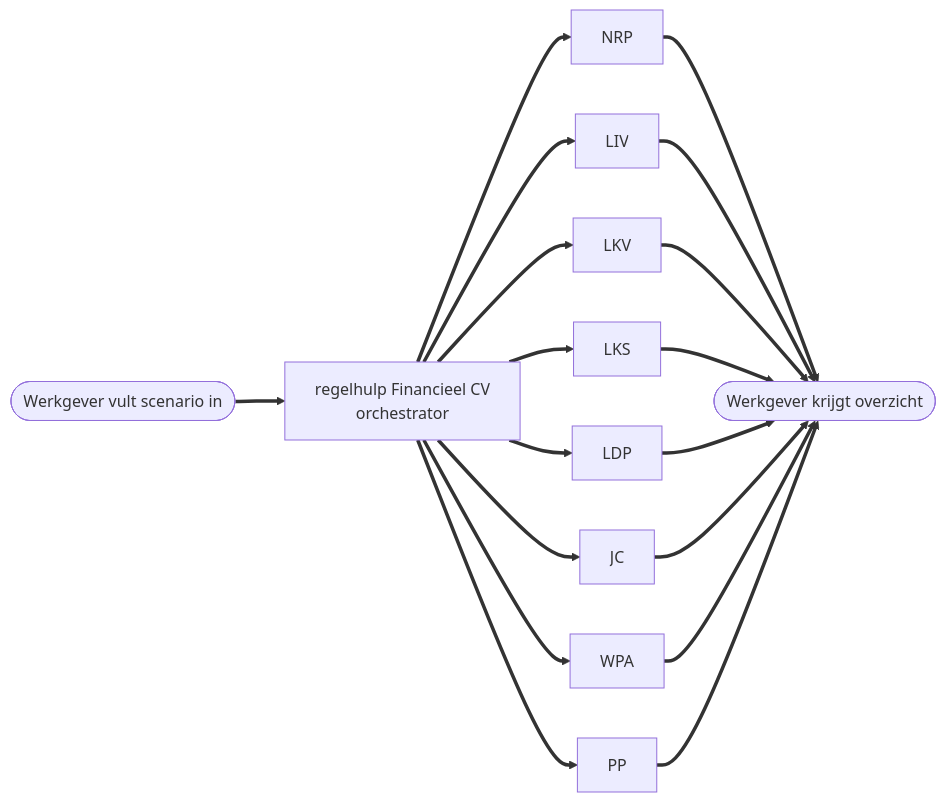
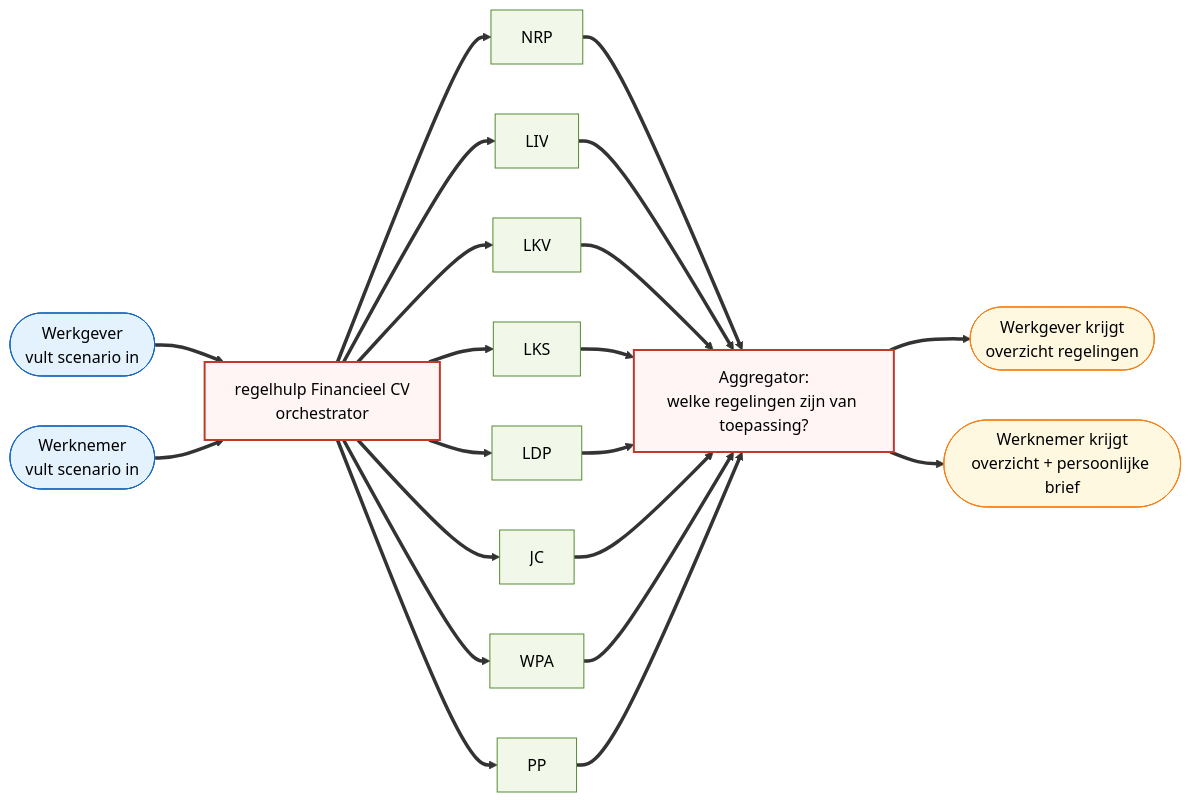
The second of 2 diagrams in docs/financieel-cv/wandelpad.md (MinBZK/regelrecht), drawn with Mermaid before and after one commit. The commit also changed other lines of this file and 2 other files, not shown here.

Commit message:
docs(financieel-cv): runtime fan-out toont beide gebruikersgroepen
Werkgever EN werknemer kunnen de regelhulp gebruiken; werknemer
krijgt naast het overzicht ook een persoonlijke brief. Runtime-
diagram aangepast met:
- Twee invoer-knopen (werkgever, werknemer)
- Twee uitvoer-knopen (overzicht, overzicht + persoonlijke brief)
- Aggregator-node tussen regelingen en outputs
- Kleine fix in kickoff-flow.md voor outputs-omschrijving

````diff
--- a/docs/financieel-cv/wandelpad.md
+++ b/docs/financieel-cv/wandelpad.md
@@ -88,22 +88,36 @@
 ```mermaid
 flowchart LR
-  In([Werkgever vult scenario in]) ==> Orch
-  Orch[regelhulp Financieel CV<br/>orchestrator]
-  Orch ==> NRP[NRP]
-  Orch ==> LIV[LIV]
-  Orch ==> LKV[LKV]
-  Orch ==> LKS[LKS]
-  Orch ==> LDP[LDP]
-  Orch ==> JC[JC]
-  Orch ==> WPA[WPA]
-  Orch ==> PP[PP]
+  classDef gebruiker fill:#e3f2fd,stroke:#1565c0,color:#000;
+  classDef regeling fill:#f1f8e9,stroke:#558b2f,color:#000;
+  classDef orch fill:#fff5f5,stroke:#c0392b,stroke-width:2px,color:#000;
+  classDef out fill:#fff8e1,stroke:#f57f17,color:#000;
+
+  WG([Werkgever<br/>vult scenario in]):::gebruiker
+  WN([Werknemer<br/>vult scenario in]):::gebruiker
+  WG ==> Orch
+  WN ==> Orch
+
+  Orch[regelhulp Financieel CV<br/>orchestrator]:::orch
+
+  Orch ==> NRP[NRP]:::regeling
+  Orch ==> LIV[LIV]:::regeling
+  Orch ==> LKV[LKV]:::regeling
+  Orch ==> LKS[LKS]:::regeling
+  Orch ==> LDP[LDP]:::regeling
+  Orch ==> JC[JC]:::regeling
+  Orch ==> WPA[WPA]:::regeling
+  Orch ==> PP[PP]:::regeling
+
   NRP ==> Out
   LIV ==> Out
   LKV ==> Out
   LKS ==> Out
   LDP ==> Out
   JC ==> Out
   WPA ==> Out
   PP ==> Out
-  Out([Werkgever krijgt overzicht])
+
+  Out[Aggregator:<br/>welke regelingen zijn van toepassing?]:::orch
+  Out ==> OutWG([Werkgever krijgt<br/>overzicht regelingen]):::out
+  Out ==> OutWN([Werknemer krijgt<br/>overzicht + persoonlijke brief]):::out
 ```
````
